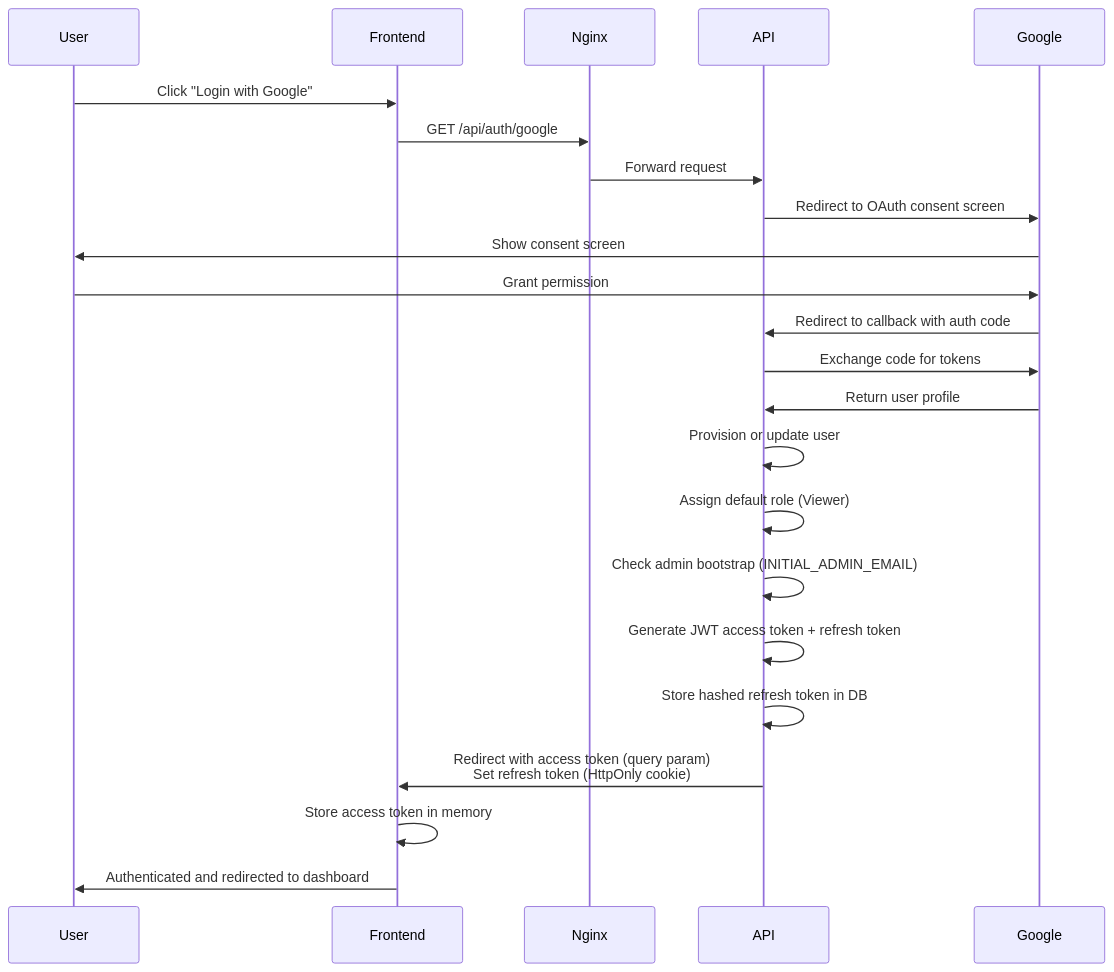
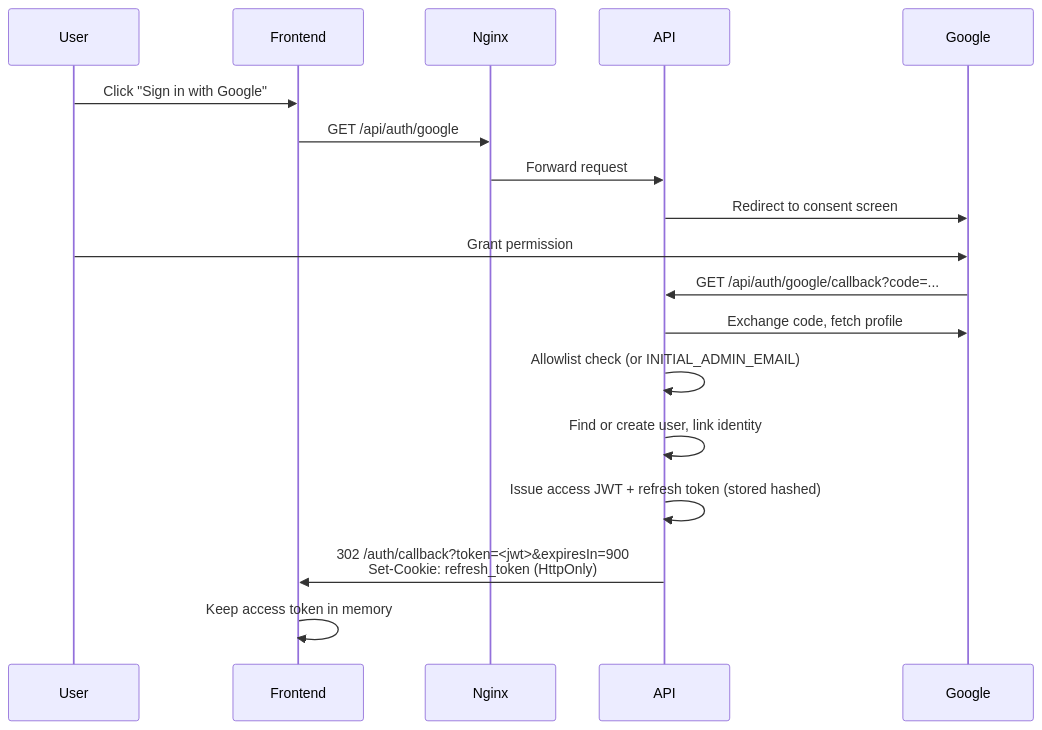
Before and after one commit to marinoscar/EnterpriseAppBase: the first of 5 diagrams in docs/SECURITY-ARCHITECTURE.md, drawn with Mermaid. The commit also changed other lines of this file and 134 other files, not shown here.

````diff
--- a/docs/SECURITY-ARCHITECTURE.md
+++ b/docs/SECURITY-ARCHITECTURE.md
@@ -26,26 +54,21 @@
 ```mermaid
 sequenceDiagram
     participant User
     participant Frontend
     participant Nginx
     participant API
     participant Google
 
-    User->>Frontend: Click "Login with Google"
+    User->>Frontend: Click "Sign in with Google"
     Frontend->>Nginx: GET /api/auth/google
     Nginx->>API: Forward request
-    API->>Google: Redirect to OAuth consent screen
-    Google->>User: Show consent screen
+    API->>Google: Redirect to consent screen
     User->>Google: Grant permission
-    Google->>API: Redirect to callback with auth code
-    API->>Google: Exchange code for tokens
-    Google->>API: Return user profile
-    API->>API: Provision or update user
-    API->>API: Assign default role (Viewer)
-    API->>API: Check admin bootstrap (INITIAL_ADMIN_EMAIL)
-    API->>API: Generate JWT access token + refresh token
-    API->>API: Store hashed refresh token in DB
-    API->>Frontend: Redirect with access token (query param)<br/>Set refresh token (HttpOnly cookie)
-    Frontend->>Frontend: Store access token in memory
-    Frontend->>User: Authenticated and redirected to dashboard
+    Google->>API: GET /api/auth/google/callback?code=...
+    API->>Google: Exchange code, fetch profile
+    API->>API: Allowlist check (or INITIAL_ADMIN_EMAIL)
+    API->>API: Find or create user, link identity
+    API->>API: Issue access JWT + refresh token (stored hashed)
+    API->>Frontend: 302 /auth/callback?token=<jwt>&expiresIn=900<br/>Set-Cookie: refresh_token (HttpOnly)
+    Frontend->>Frontend: Keep access token in memory
 ```
````
